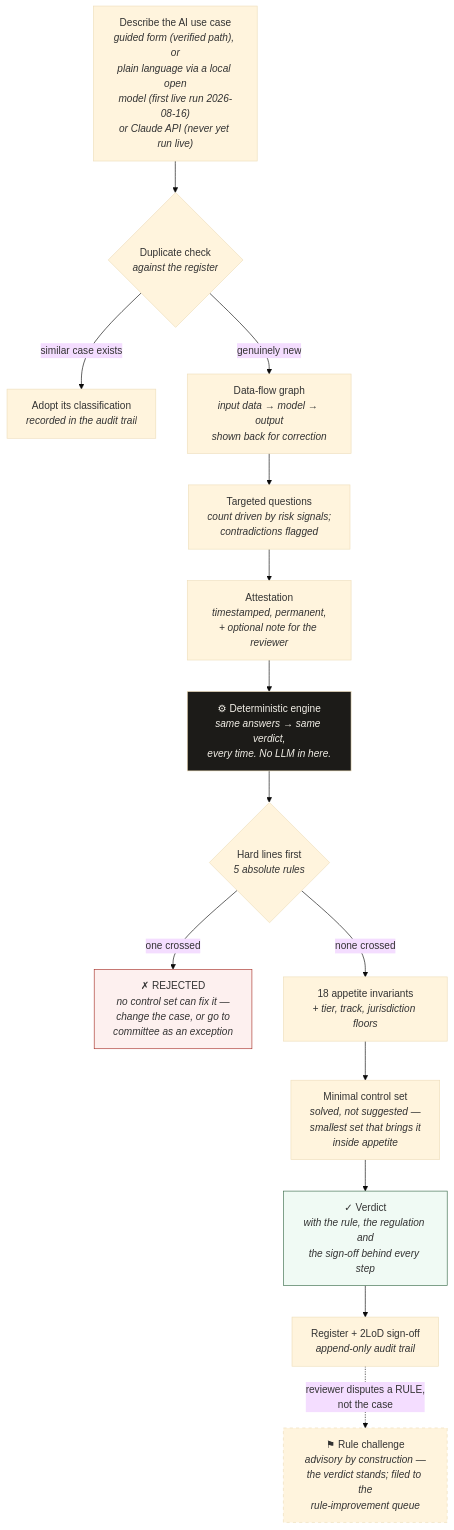
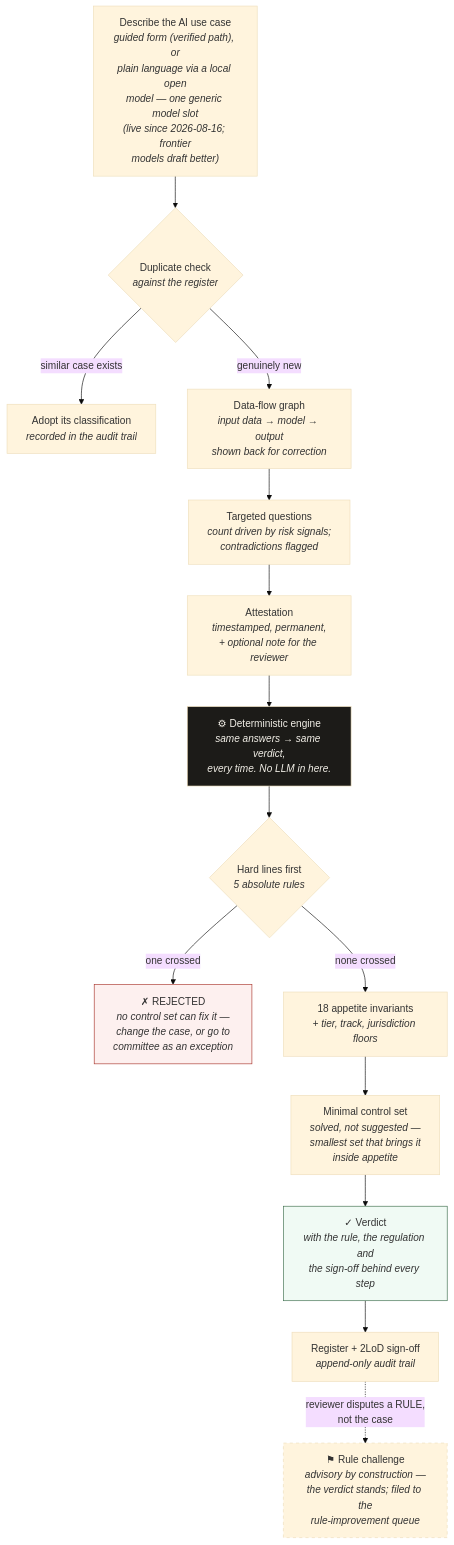
The first of 2 diagrams in README.md (oza977-max/ai-raf-precheck), drawn with Mermaid (base theme) before and after one commit. The commit also changed other lines of this file and 15 other files, not shown here.

First line of the commit message:
feat: one generic model slot — the vendor key field is gone [v0.8.1]

````diff
--- a/README.md
+++ b/README.md
@@ -40,22 +40,22 @@
 ```mermaid
 flowchart TD
-    A["Describe the AI use case<br/><i>guided form (verified path), or<br/>plain language via a local open<br/>model (first live run 2026-08-16)<br/>or Claude API (never yet run live)</i>"] --> B{"Duplicate check<br/><i>against the register</i>"}
+    A["Describe the AI use case<br/><i>guided form (verified path), or<br/>plain language via a local open<br/>model — one generic model slot<br/>(live since 2026-08-16; frontier<br/>models draft better)</i>"] --> B{"Duplicate check<br/><i>against the register</i>"}
     B -->|"similar case exists"| B1["Adopt its classification<br/><i>recorded in the audit trail</i>"]
     B -->|"genuinely new"| C["Data-flow graph<br/><i>input data → model → output</i><br/><i>shown back for correction</i>"]
     C --> D["Targeted questions<br/><i>count driven by risk signals;<br/>contradictions flagged</i>"]
     D --> E["Attestation<br/><i>timestamped, permanent,<br/>+ optional note for the reviewer</i>"]
     E --> F["⚙ Deterministic engine<br/><i>same answers → same verdict,<br/>every time. No LLM in here.</i>"]
 
     F --> G{"Hard lines first<br/><i>5 absolute rules</i>"}
     G -->|"one crossed"| H["✗ REJECTED<br/><i>no control set can fix it —<br/>change the case, or go to<br/>committee as an exception</i>"]
     G -->|"none crossed"| I["18 appetite invariants<br/><i>+ tier, track, jurisdiction floors</i>"]
     I --> J["Minimal control set<br/><i>solved, not suggested —<br/>smallest set that brings it<br/>inside appetite</i>"]
     J --> K["✓ Verdict<br/><i>with the rule, the regulation and<br/>the sign-off behind every step</i>"]
     K --> L["Register + 2LoD sign-off<br/><i>append-only audit trail</i>"]
     L -.->|"reviewer disputes a RULE,<br/>not the case"| M["⚑ Rule challenge<br/><i>advisory by construction —<br/>the verdict stands; filed to the<br/>rule-improvement queue</i>"]
 
     style F fill:#1c1b18,color:#f3f0e8
     style M stroke-dasharray: 5 5
     style H fill:#fdf0ef,stroke:#a8322a
     style K fill:#f0faf4,stroke:#3a6b4a
 ```
````
